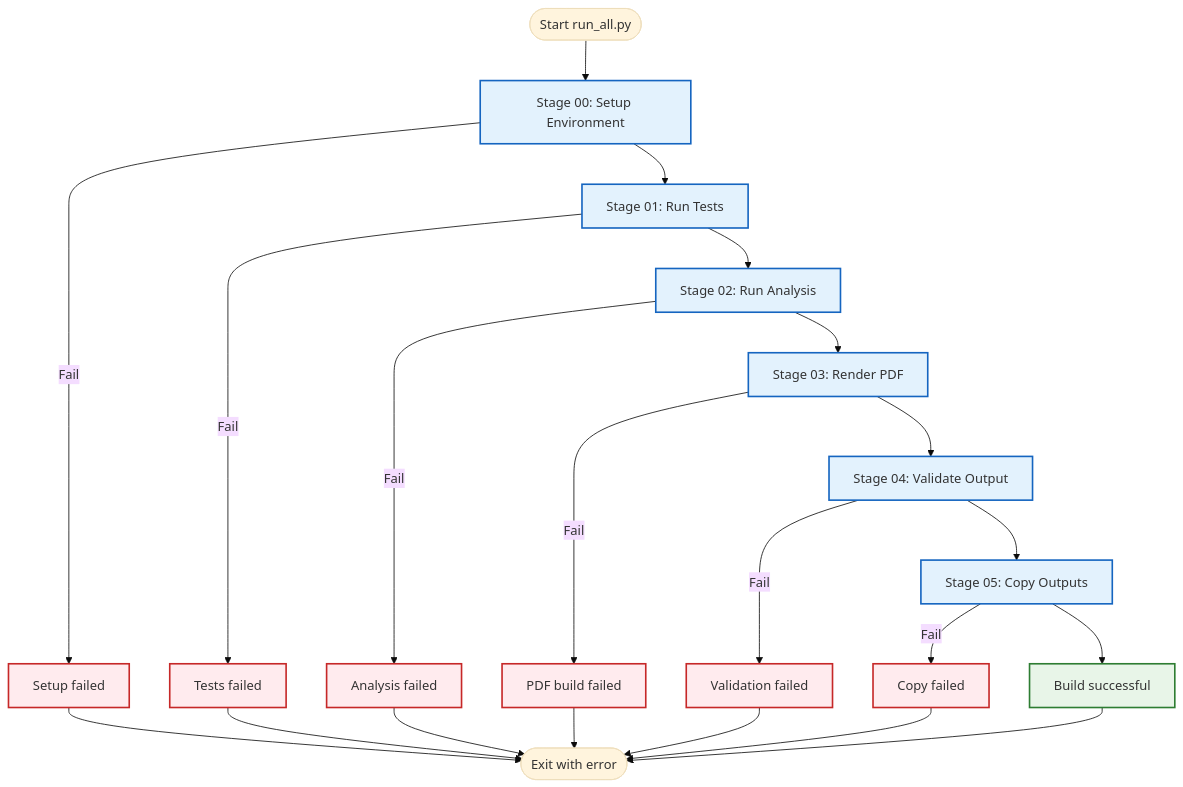
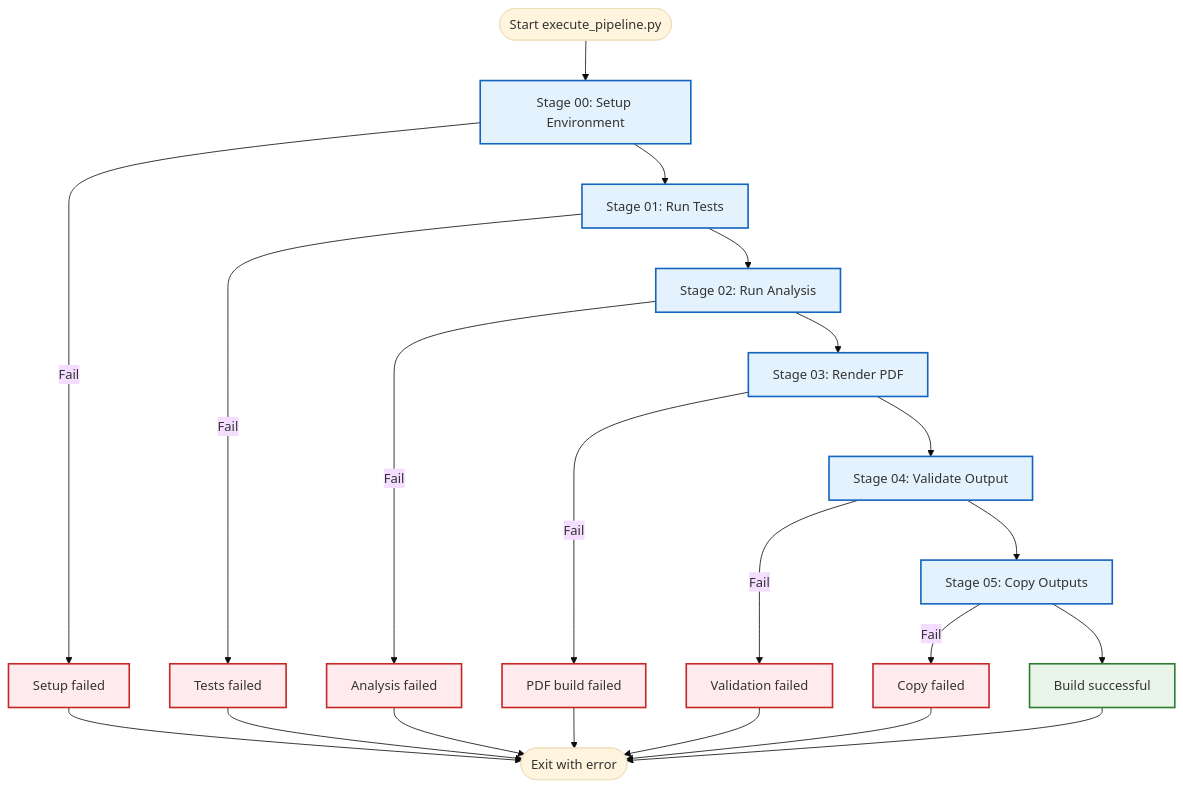
The third of 4 diagrams in docs/core/ARCHITECTURE.md (docxology/template), drawn with Mermaid (base theme) before and after one commit. The commit also changed other lines of this file and 766 other files, not shown here.

````diff
--- a/docs/core/ARCHITECTURE.md
+++ b/docs/core/ARCHITECTURE.md
@@ -207,34 +207,34 @@
 ```mermaid
 flowchart TD
-    START([Start run_all.py]) --> STAGE0[Stage 00: Setup Environment]
+    START([Start execute_pipeline.py]) --> STAGE0[Stage 00: Setup Environment]
     STAGE0 --> STAGE1[Stage 01: Run Tests]
     STAGE1 --> STAGE2[Stage 02: Run Analysis]
     STAGE2 --> STAGE3[Stage 03: Render PDF]
     STAGE3 --> STAGE4[Stage 04: Validate Output]
     STAGE4 --> STAGE5[Stage 05: Copy Outputs]
     STAGE5 --> SUCCESS[Build successful]
 
     STAGE0 -->|Fail| FAIL0[Setup failed]
     STAGE1 -->|Fail| FAIL1[Tests failed]
     STAGE2 -->|Fail| FAIL2[Analysis failed]
     STAGE3 -->|Fail| FAIL3[PDF build failed]
     STAGE4 -->|Fail| FAIL4[Validation failed]
     STAGE5 -->|Fail| FAIL5[Copy failed]
     
     FAIL0 --> END([Exit with error])
     FAIL1 --> END
     FAIL2 --> END
     FAIL3 --> END
     FAIL4 --> END
     FAIL5 --> END
     
     SUCCESS --> END
     
     classDef success fill:#e8f5e8,stroke:#2e7d32,stroke-width:2px
     classDef failure fill:#ffebee,stroke:#c62828,stroke-width:2px
     classDef process fill:#e3f2fd,stroke:#1565c0,stroke-width:2px
     
     class SUCCESS success
     class FAIL0,FAIL1,FAIL2,FAIL3,FAIL4,FAIL5 failure
     class STAGE0,STAGE1,STAGE2,STAGE3,STAGE4,STAGE5 process
 ```
````
